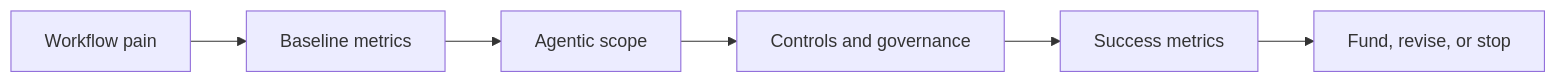
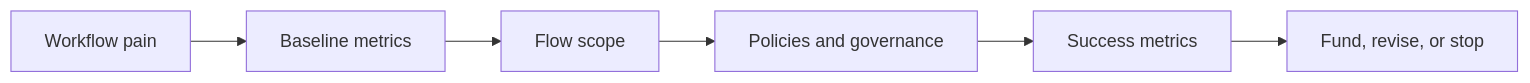
Before and after one commit to naren-allam/agents-beginners: diagram 13 of 13 in book/chapters/chapter-06-enterprise-adoption-of-agentic-ai.md, drawn with Mermaid. The commit also changed other lines of this file and 28 other files, not shown here.

````diff
--- a/book/chapters/chapter-06-enterprise-adoption-of-agentic-ai.md
+++ b/book/chapters/chapter-06-enterprise-adoption-of-agentic-ai.md
@@ -410,15 +433,15 @@
 ```mermaid
 flowchart LR
     Pain["Workflow pain"]
     Baseline["Baseline metrics"]
-    Scope["Agentic scope"]
-    Controls["Controls and governance"]
+    Scope["Flow scope"]
+    Controls["Policies and governance"]
     Metrics["Success metrics"]
     Decision["Fund, revise, or stop"]
 
     Pain --> Baseline
     Baseline --> Scope
     Scope --> Controls
     Controls --> Metrics
     Metrics --> Decision
 ```
````
